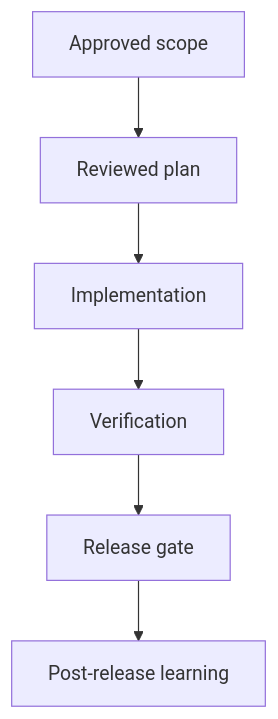
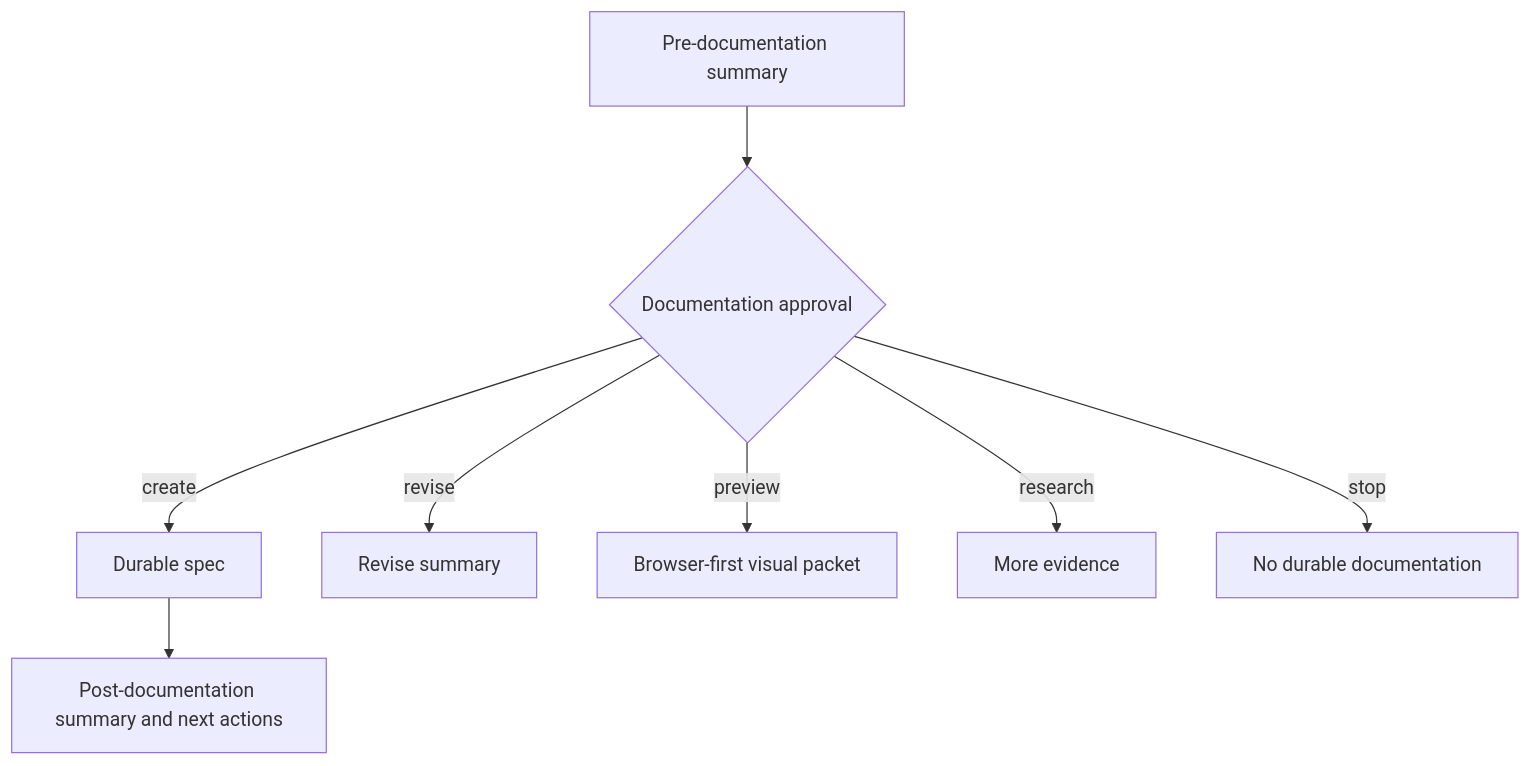
Before and after one commit to vTRKA/supervibe: the diagram in docs/references/visual-explanation-standard.md, drawn with Mermaid. The commit also changed other lines of this file and 46 other files, not shown here.

Commit message:
feat: harden brainstorm summary and visual gates

````diff
--- a/docs/references/visual-explanation-standard.md
+++ b/docs/references/visual-explanation-standard.md
@@ -37,10 +81,12 @@
 ```mermaid
 flowchart TD
-  %% accTitle: Release path
-  %% accDescr: Shows the minimum path from approved scope to release and learning.
-  Scope[Approved scope] --> Plan[Reviewed plan]
-  Plan --> Build[Implementation]
-  Build --> Verify[Verification]
-  Verify --> Release[Release gate]
-  Release --> Learn[Post-release learning]
+  %% accTitle: Documentation approval path
+  %% accDescr: Summary is shown before durable documentation; the user can create, revise, preview, research, or stop before any file is written.
+  Summary[Pre-documentation summary] --> Gate{Documentation approval}
+  Gate -->|create| Spec[Durable spec]
+  Gate -->|revise| Revise[Revise summary]
+  Gate -->|preview| Visual[Browser-first visual packet]
+  Gate -->|research| Evidence[More evidence]
+  Gate -->|stop| Stop[No durable documentation]
+  Spec --> Post[Post-documentation summary and next actions]
 ```
````
